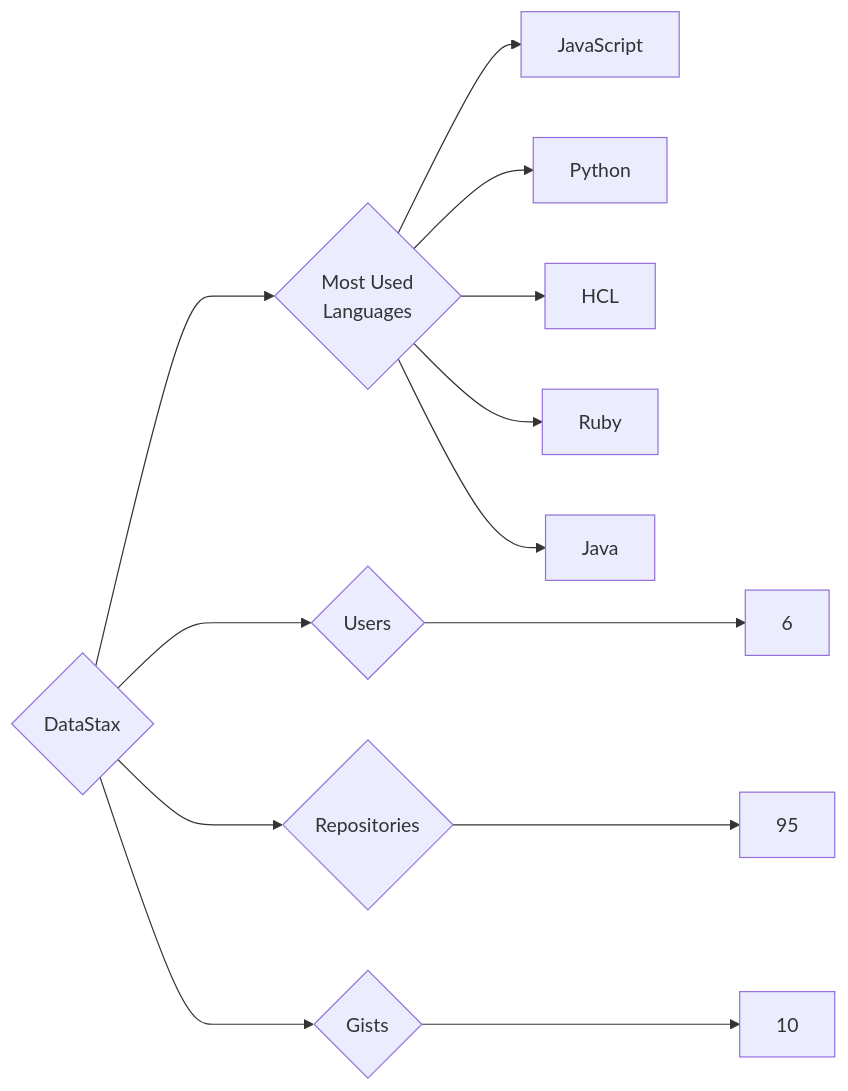
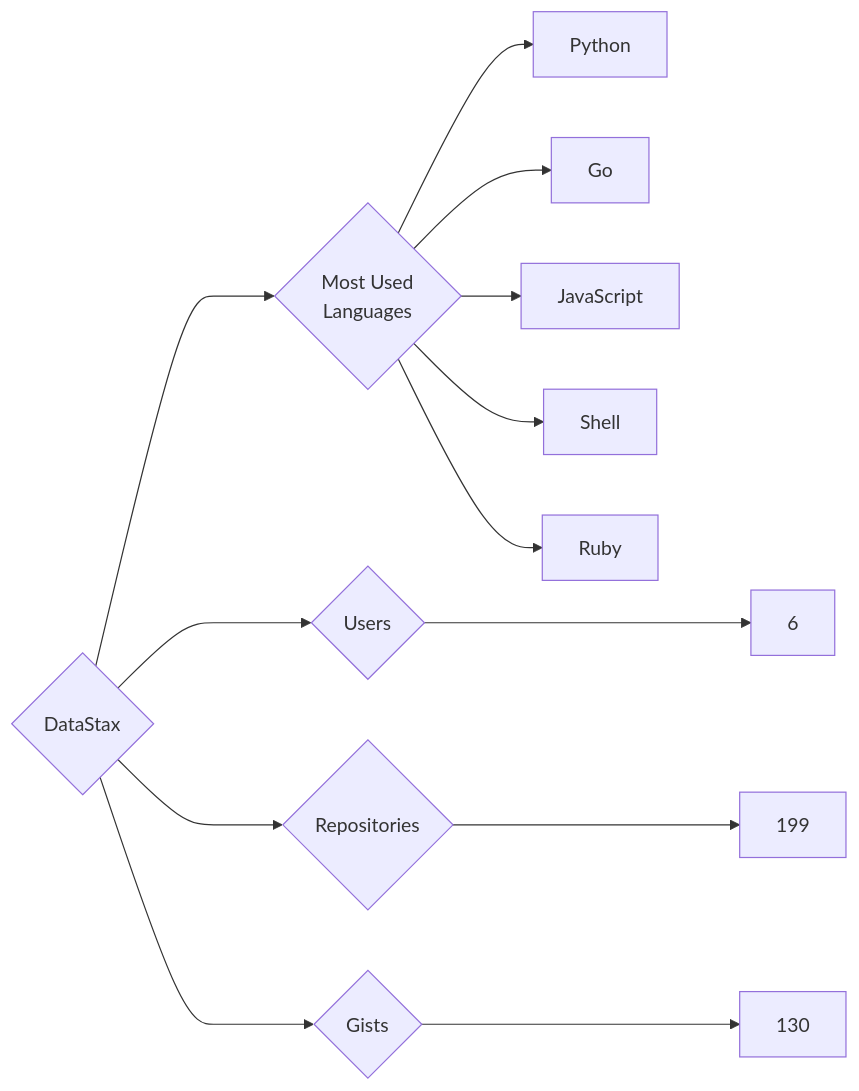
The diagram in targets/DataStax/README.md (trickest/insiders), drawn with Mermaid before and after one commit. The commit also changed 1141 other files, not shown here.

````diff
--- a/targets/DataStax/README.md
+++ b/targets/DataStax/README.md
@@ -3,13 +3,13 @@
 ```mermaid
 graph LR
 COMPANY_NAME{DataStax}
 COMPANY_NAME ---> U{Users} ---> UN[6]
-COMPANY_NAME ---> R{Repositories} ---> RN[95]
-COMPANY_NAME ---> G{Gists} ---> GN[10]
+COMPANY_NAME ---> R{Repositories} ---> RN[199]
+COMPANY_NAME ---> G{Gists} ---> GN[130]
 COMPANY_NAME ---> ML{Most Used<br>Languages}
+ML --> Python[Python]
+ML --> Go[Go]
 ML --> JavaScript[JavaScript]
-ML --> Python[Python]
-ML --> HCL[HCL]
+ML --> Shell[Shell]
 ML --> Ruby[Ruby]
-ML --> Java[Java]
 ```
````
